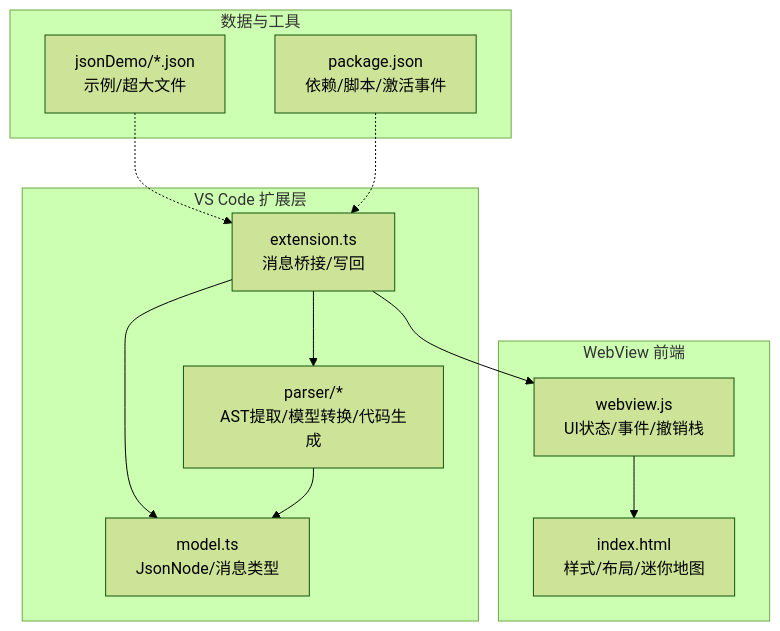
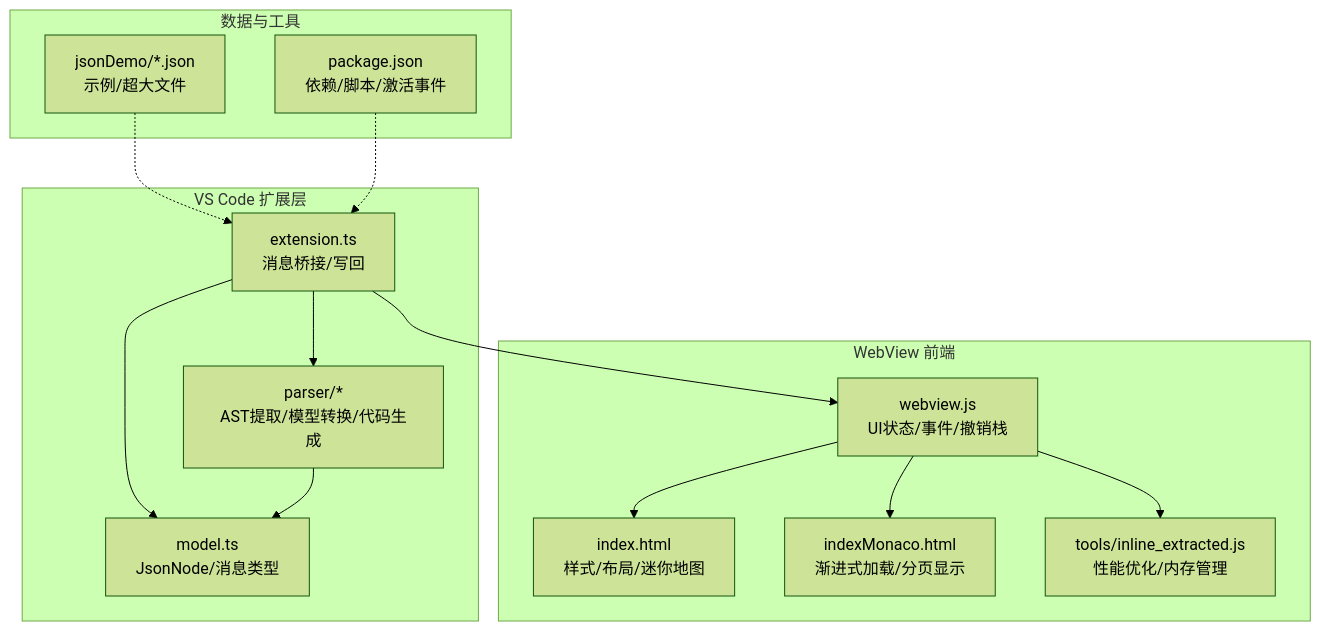
Before and after one commit to meiok1/wysjson: the first of 7 diagrams in .qoder/repowiki/zh/content/示例和最佳实践/性能优化案例.md, drawn with Mermaid (forest theme). The commit also changed other lines of this file and 390 other files, not shown here.

````diff
--- a/.qoder/repowiki/zh/content/示例和最佳实践/性能优化案例.md
+++ b/.qoder/repowiki/zh/content/示例和最佳实践/性能优化案例.md
@@ -41,23 +56,27 @@
 ```mermaid
 graph TB
 subgraph "VS Code 扩展层"
 EXT["extension.ts<br/>消息桥接/写回"]
 MODEL["model.ts<br/>JsonNode/消息类型"]
 PARSER["parser/*<br/>AST提取/模型转换/代码生成"]
 end
 subgraph "WebView 前端"
 WEBVIEW["webview.js<br/>UI状态/事件/撤销栈"]
 HTML["index.html<br/>样式/布局/迷你地图"]
+IMONACO["indexMonaco.html<br/>渐进式加载/分页显示"]
+INLINE["tools/inline_extracted.js<br/>性能优化/内存管理"]
 end
 subgraph "数据与工具"
 DEMO["jsonDemo/*.json<br/>示例/超大文件"]
 PKG["package.json<br/>依赖/脚本/激活事件"]
 end
 EXT --> MODEL
 EXT --> PARSER
 EXT --> WEBVIEW
 WEBVIEW --> HTML
+WEBVIEW --> IMONACO
+WEBVIEW --> INLINE
 PARSER --> MODEL
 DEMO -.-> EXT
 PKG -.-> EXT
 ```
````
